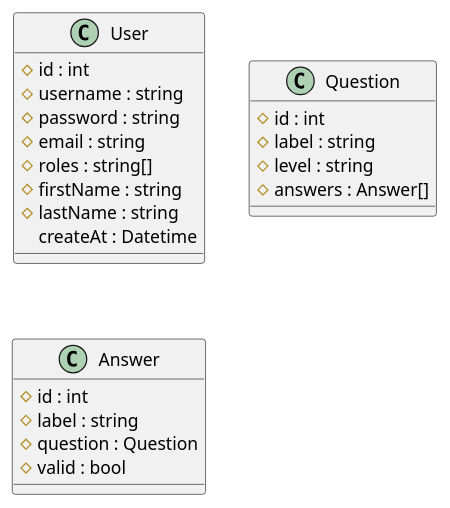
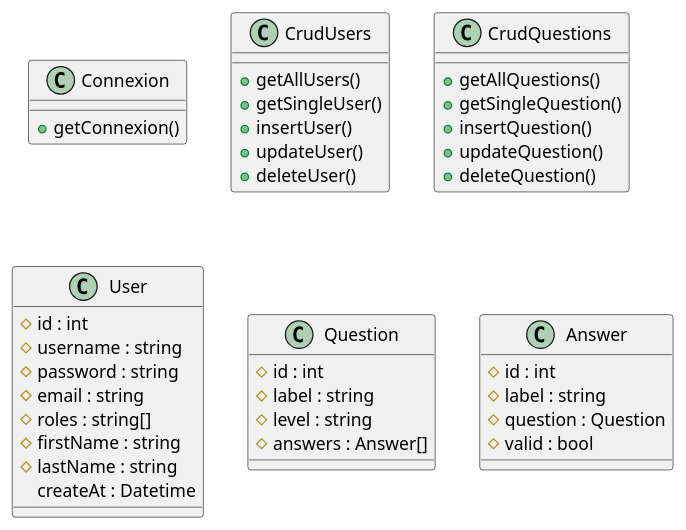
The diagram in notes en vrac/diagrameUml.puml (shandia57/jeu), drawn with PlantUML before and after one commit. The commit also changed 7 other files, not shown here.

Commit message:
Ajout : diagramme UML, schema EA / relationnel, script BDD SQL

```diff
--- a/notes en vrac/diagrameUml.puml
+++ b/notes en vrac/diagrameUml.puml
@@ -1,30 +1,50 @@
 @startuml
+
+class Connexion{
+    +getConnexion()
+}
+
+class CrudUsers{
+    +getAllUsers()
+    +getSingleUser()
+    +insertUser()
+    +updateUser()
+    +deleteUser()
+}
+
+class CrudQuestions{
+    +getAllQuestions()
+    +getSingleQuestion()
+    +insertQuestion()
+    +updateQuestion()
+    +deleteQuestion()
+}
 
 class User{
     #id : int
     #username : string
     #password : string
     #email : string
     #roles : string[]
     #firstName : string
     #lastName : string
     createAt : Datetime
 
 }
 
 class Question{
     #id : int
     #label : string
     #level : string
     #answers : Answer[]
 }
 
 class Answer{
     #id : int
     #label : string
     #question : Question
     #valid : bool
 }
 
 
 @enduml
```
